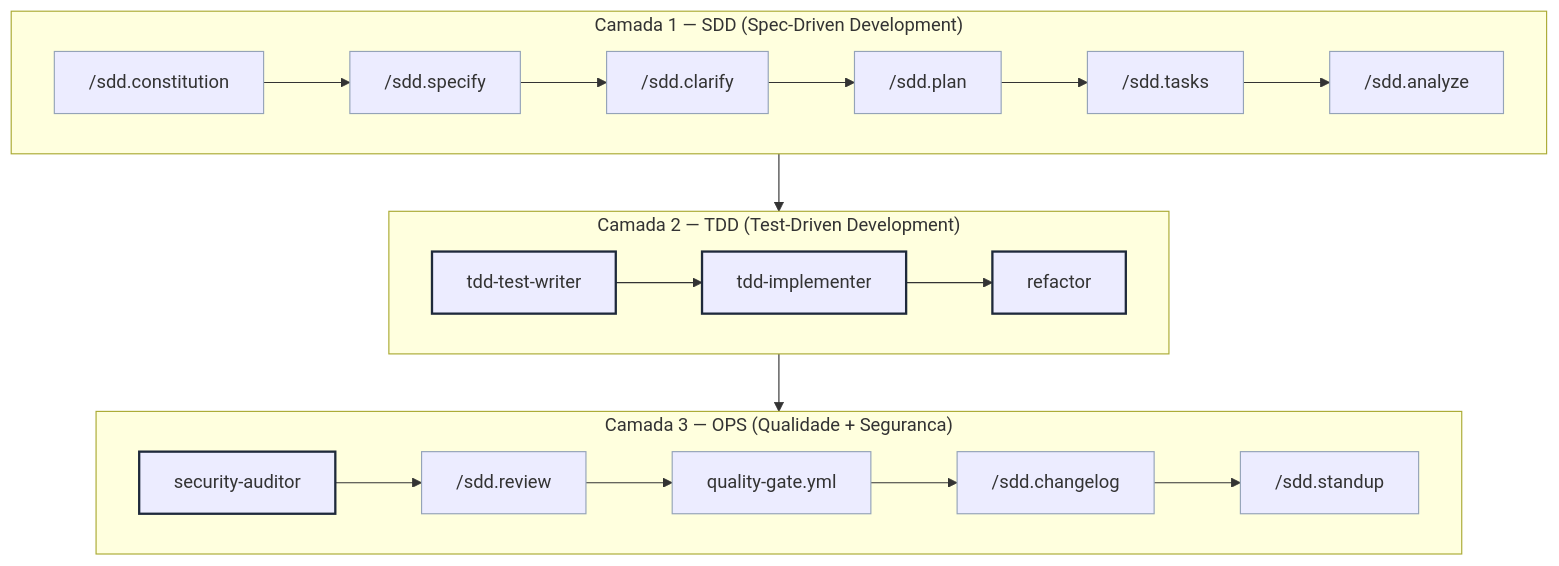
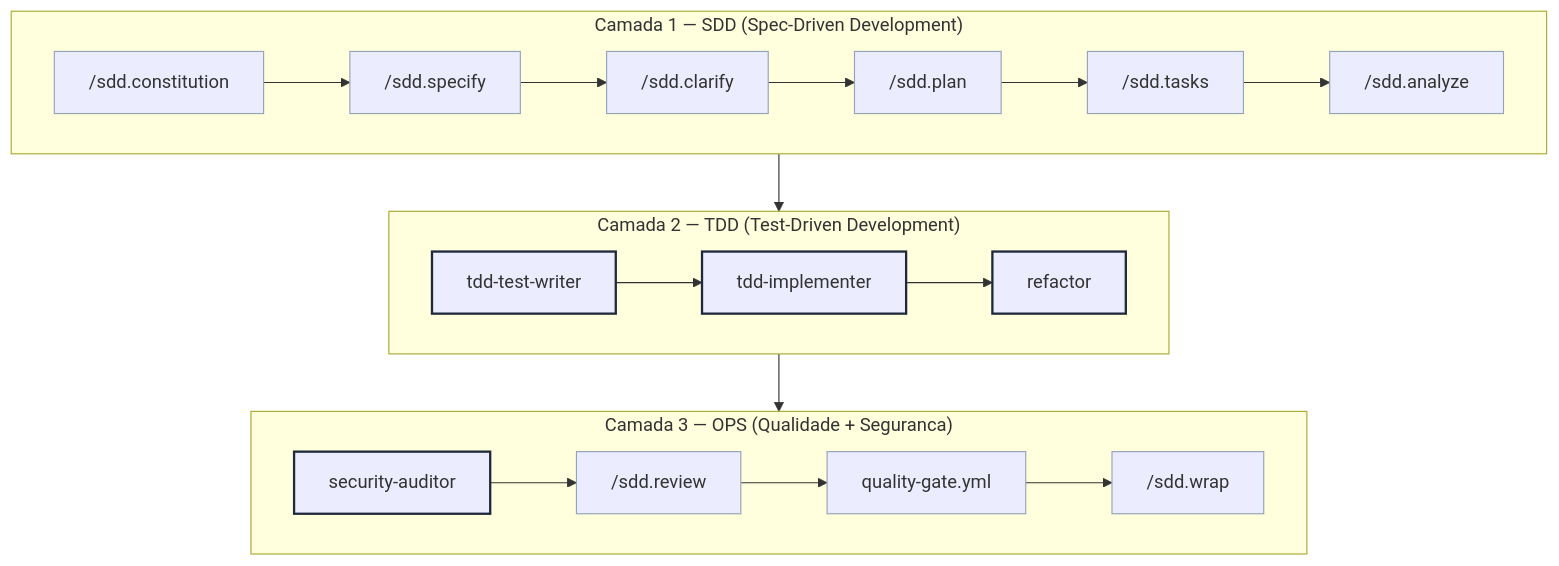
Before and after one commit to jonatascatarina/ai-first-pipeline: the diagram in README.pt-BR.md, drawn with Mermaid. The commit also changed other lines of this file and 8 other files, not shown here.

````diff
--- a/README.pt-BR.md
+++ b/README.pt-BR.md
@@ -122,19 +121,19 @@
 ```mermaid
 flowchart TD
     classDef agent stroke:#1E293B,stroke-width:2px
     classDef command stroke:#94A3B8,stroke-width:1px
 
     subgraph L1 ["Camada 1 — SDD  (Spec-Driven Development)"]
         A["/sdd.constitution"] --> B["/sdd.specify"] --> C["/sdd.clarify"] --> D["/sdd.plan"] --> E["/sdd.tasks"] --> F["/sdd.analyze"]
     end
     subgraph L2 ["Camada 2 — TDD  (Test-Driven Development)"]
         G["tdd-test-writer"] --> H["tdd-implementer"] --> I["refactor"]
     end
     subgraph L3 ["Camada 3 — OPS  (Qualidade + Seguranca)"]
-        J["security-auditor"] --> K["/sdd.review"] --> L["quality-gate.yml"] --> M["/sdd.changelog"] --> N["/sdd.standup"]
+        J["security-auditor"] --> K["/sdd.review"] --> L["quality-gate.yml"] --> M["/sdd.wrap"]
     end
     L1 --> L2 --> L3
 
     class G,H,I,J agent
-    class A,B,C,D,E,F,K,L,M,N command
+    class A,B,C,D,E,F,K,L,M command
 ```
````
